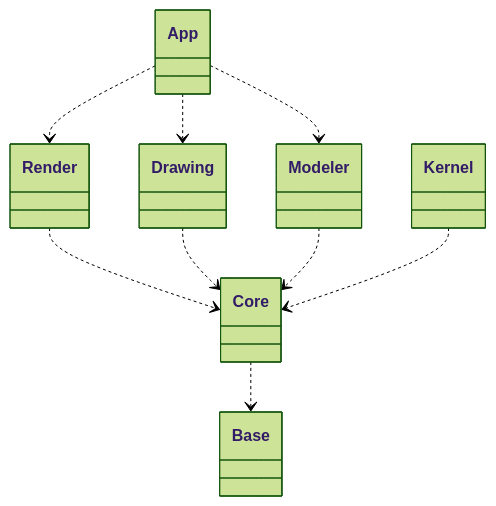
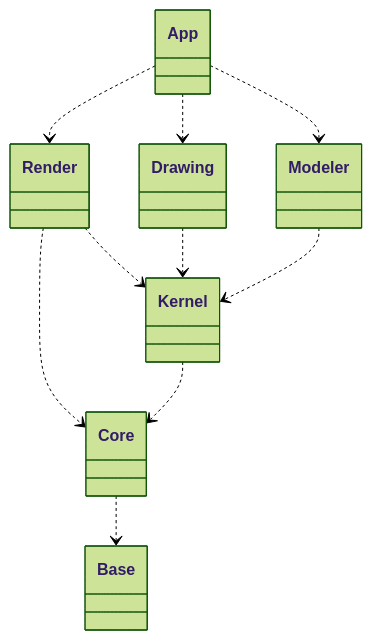
One commit to cslroot/cs changed the first of 2 diagrams in docs/class_abstract.md. Above: the diagram before and after it, drawn with Mermaid (forest theme). The commit also changed 41 other files, not shown here.

````diff
--- a/docs/class_abstract.md
+++ b/docs/class_abstract.md
@@ -1,11 +1,12 @@
 ```mermaid
 classDiagram
  App ..> Render
  App ..> Modeler
  App ..> Drawing
  Render ..> Core
- Drawing ..> Core
- Modeler ..> Core
+ Render ..> Kernel
+ Drawing ..> Kernel
+ Modeler ..> Kernel
  Core ..> Base
  Kernel ..> Core
 ```
````
